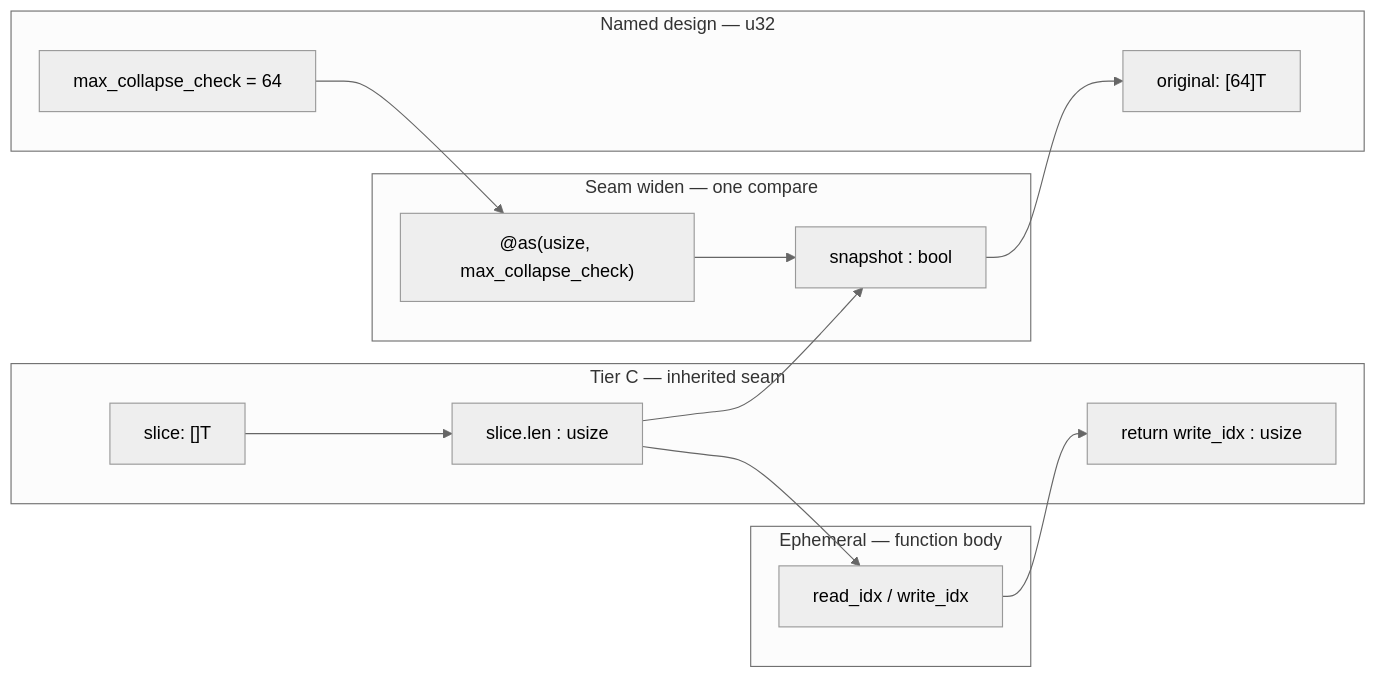
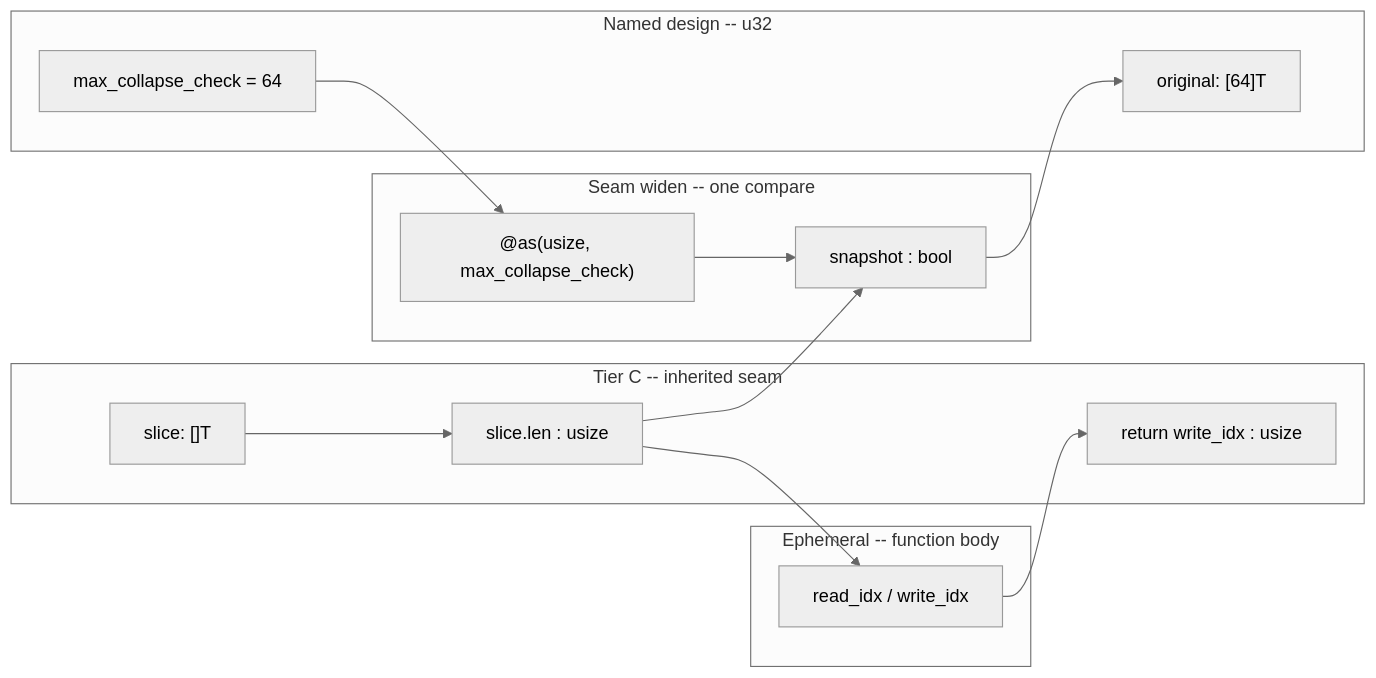
One commit to xykj61/grain changed the diagram in external-research/20260621-050312_usize-boundary-not-design.md. Above: the diagram before and after it, drawn with Mermaid (neutral theme). The commit also changed other lines of this file and 199 other files, not shown here.

````diff
--- a/external-research/20260621-050312_usize-boundary-not-design.md
+++ b/external-research/20260621-050312_usize-boundary-not-design.md
@@ -245,26 +245,26 @@
 ```mermaid
 flowchart LR
-  subgraph tierC [Tier C — inherited seam]
+  subgraph tierC [Tier C -- inherited seam]
     A["slice: []T"]
     B["slice.len : usize"]
     R["return write_idx : usize"]
   end
-  subgraph design [Named design — u32]
+  subgraph design [Named design -- u32]
     M["max_collapse_check = 64"]
     ARR["original: [64]T"]
   end
-  subgraph seam [Seam widen — one compare]
+  subgraph seam [Seam widen -- one compare]
     W["@as(usize, max_collapse_check)"]
     SNAP["snapshot : bool"]
   end
-  subgraph local [Ephemeral — function body]
+  subgraph local [Ephemeral -- function body]
     L["read_idx / write_idx"]
   end
   A --> B
   M --> W
   B --> SNAP
   W --> SNAP
   SNAP --> ARR
   B --> L
   L --> R
 ```
````
